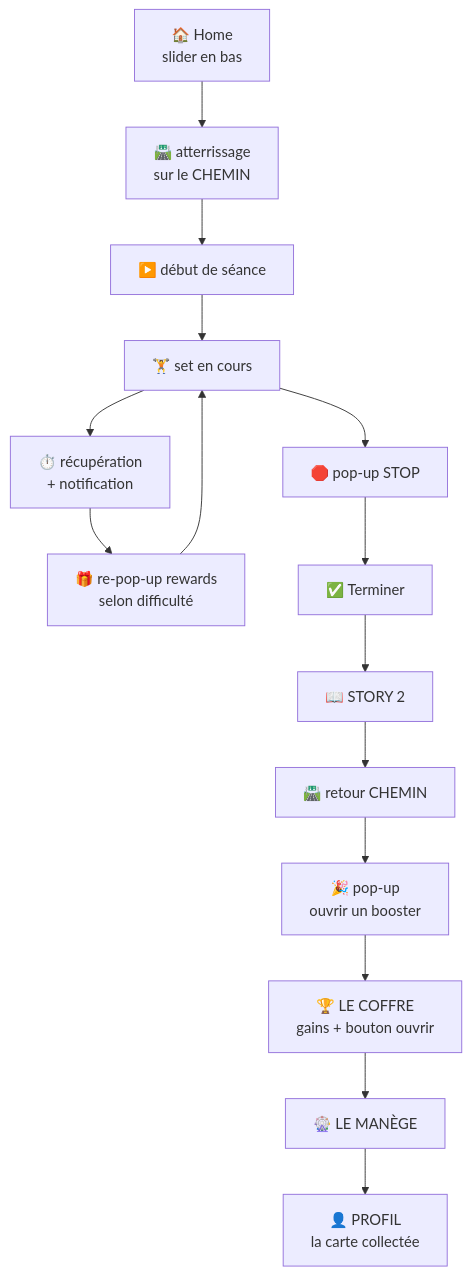
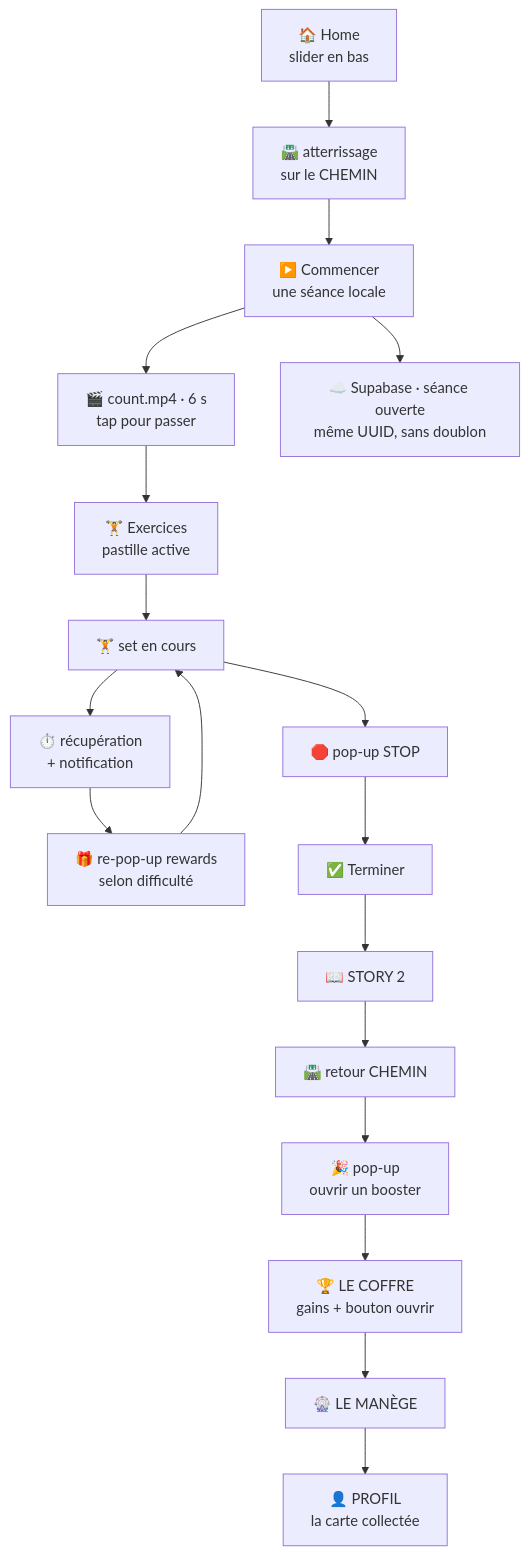
The diagram in docs/site/content/schemas/flow-1-entree-a-la-seance.mmd (kitkath1/nosfy-ios), drawn with Mermaid before and after one commit. The commit also changed 10 other files, not shown here.

First line of the commit message:
la doc du jour, déployée au livrable : coffre au vert, annonces/story, schémas du flow

```diff
--- a/docs/site/content/schemas/flow-1-entree-a-la-seance.mmd
+++ b/docs/site/content/schemas/flow-1-entree-a-la-seance.mmd
@@ -1,19 +1,22 @@
 flowchart TD
   A["🏠 Home<br/>slider en bas"] --> B["🛣️ atterrissage<br/>sur le CHEMIN"]
-  B --> C["▶️ début de séance"]
-  C --> D["🏋️ set en cours"]
+  B --> C["▶️ Commencer<br/>une séance locale"]
+  C --> V["🎬 count.mp4 · 6 s<br/>tap pour passer"]
+  C --> S["☁️ Supabase · séance ouverte<br/>même UUID, sans doublon"]
+  V --> X["🏋️ Exercices<br/>pastille active"]
+  X --> D["🏋️ set en cours"]
   D --> E["⏱️ récupération<br/>+ notification"]
   E --> F["🎁 re-pop-up rewards<br/>selon difficulté"]
   F --> D
   D --> G["🛑 pop-up STOP"]
   G --> H["✅ Terminer"]
   H --> I["📖 STORY 2"]
   I --> J["🛣️ retour CHEMIN"]
   J --> K["🎉 pop-up<br/>ouvrir un booster"]
   K --> L["🏆 LE COFFRE<br/>gains + bouton ouvrir"]
   L --> M["🎡 LE MANÈGE"]
   M --> N["👤 PROFIL<br/>la carte collectée"]
 
-  class A,B,C,D,E,F,G,K loc
-  class H,L,M ok
+  class A,B,C,V,X,D,E,F,G,K loc
+  class S,H,L,M ok
   class I,J,N abs
```
